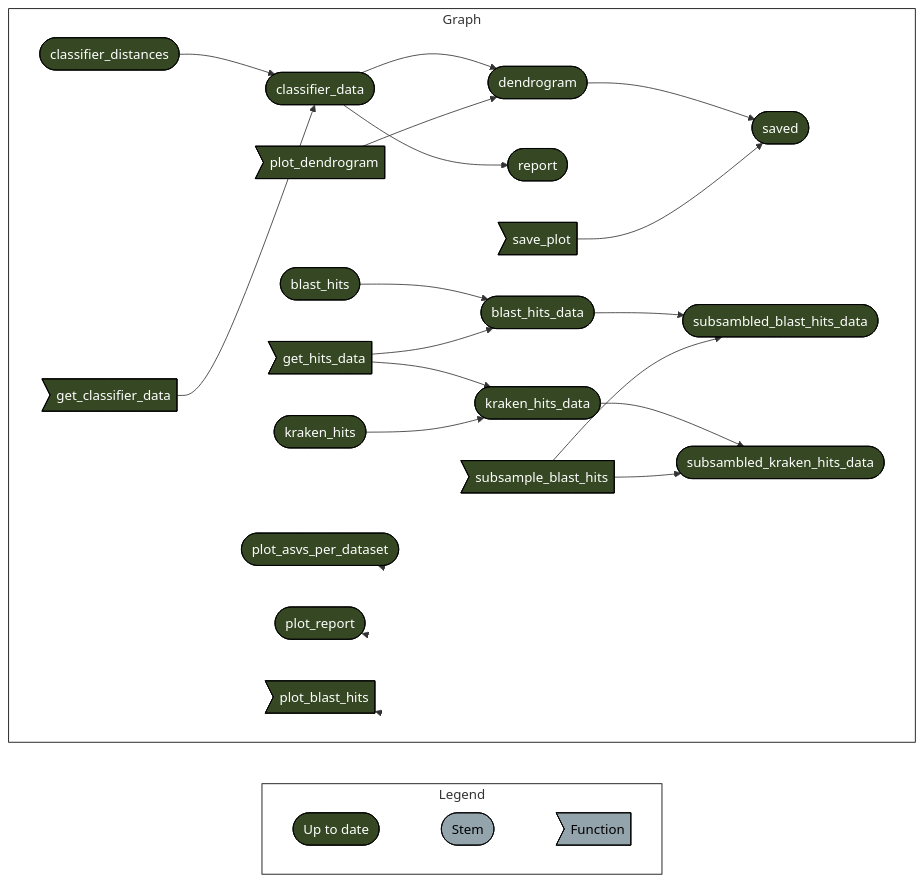
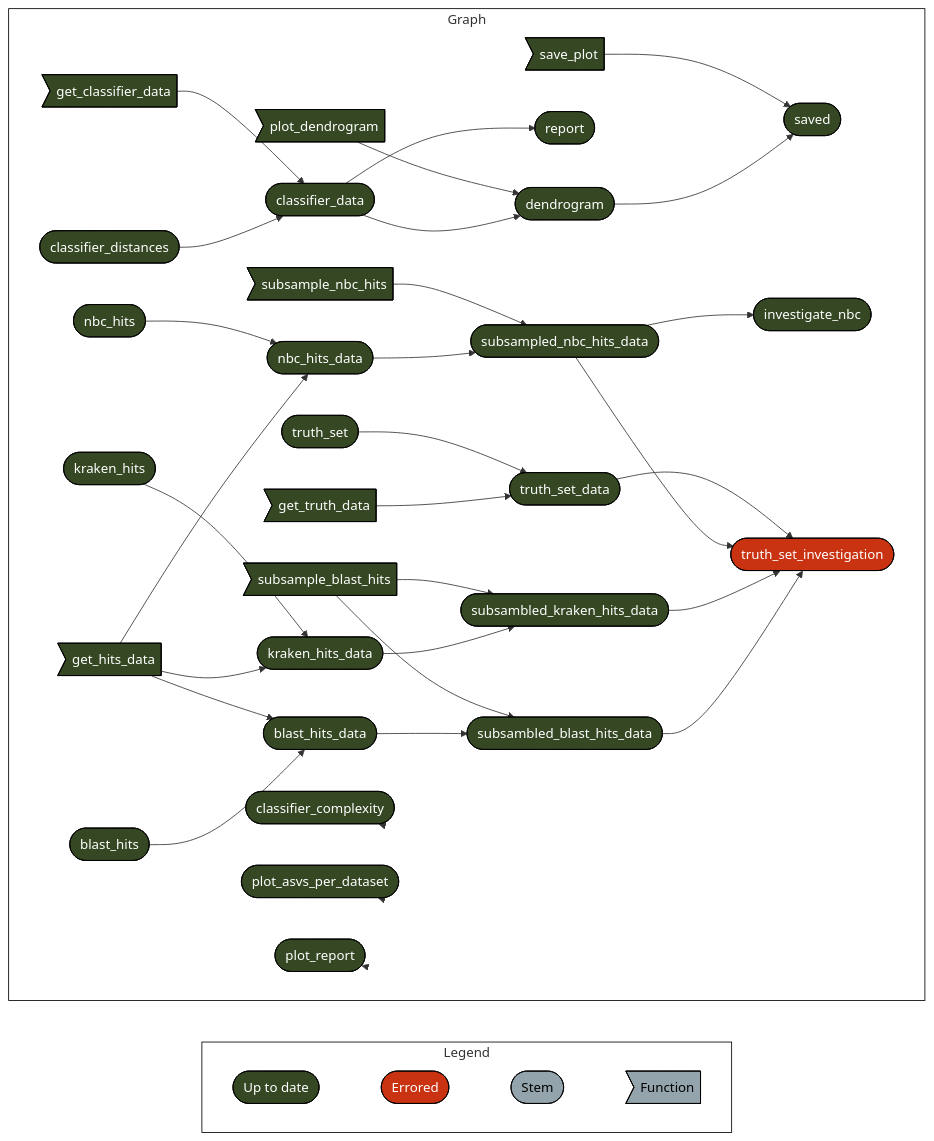
Before and after one commit to Computational-Biology-OceanOmics/OceanOmics-classifier-comparison: the diagram in README.md, drawn with Mermaid. The commit also changed 11 other files, not shown here.

````diff
--- a/README.md
+++ b/README.md
@@ -29,38 +29,52 @@
 ```mermaid
 graph LR
   style Legend fill:#FFFFFF00,stroke:#000000;
   style Graph fill:#FFFFFF00,stroke:#000000;
   subgraph Legend
     direction LR
-    x7420bd9270f8d27d([""Up to date""]):::uptodate --- xbf4603d6c2c2ad6b([""Stem""]):::none
+    x7420bd9270f8d27d([""Up to date""]):::uptodate --- x4b0c520b8bc07c5b([""Errored""]):::errored
+    x4b0c520b8bc07c5b([""Errored""]):::errored --- xbf4603d6c2c2ad6b([""Stem""]):::none
     xbf4603d6c2c2ad6b([""Stem""]):::none --- xf0bce276fe2b9d3e>""Function""]:::none
   end
   subgraph Graph
     direction LR
+    x544a22aeaed1b2e4>"get_truth_data"]:::uptodate --> xbdd42ceae2a54d2c(["truth_set_data"]):::uptodate
+    x70199d3b1152e374(["truth_set"]):::uptodate --> xbdd42ceae2a54d2c(["truth_set_data"]):::uptodate
     xc65a25d9d96e8f7c(["blast_hits"]):::uptodate --> xe9d8f2de59f79fa1(["blast_hits_data"]):::uptodate
     x837f996ab35491da>"get_hits_data"]:::uptodate --> xe9d8f2de59f79fa1(["blast_hits_data"]):::uptodate
+    x837f996ab35491da>"get_hits_data"]:::uptodate --> x42612793169637e0(["nbc_hits_data"]):::uptodate
+    x5117ea88dbd5add2(["nbc_hits"]):::uptodate --> x42612793169637e0(["nbc_hits_data"]):::uptodate
     x4cbe0500373226c1(["classifier_data"]):::uptodate --> xe0fba61fbc506510(["report"]):::uptodate
     x264c7e682ec442b2(["dendrogram"]):::uptodate --> xaf4a1b2829040c15(["saved"]):::uptodate
     x64d5b6c864f8ce9c>"save_plot"]:::uptodate --> xaf4a1b2829040c15(["saved"]):::uptodate
     xf2c68c9c4c5bbbc3(["classifier_distances"]):::uptodate --> x4cbe0500373226c1(["classifier_data"]):::uptodate
     x8279777903f3f13d>"get_classifier_data"]:::uptodate --> x4cbe0500373226c1(["classifier_data"]):::uptodate
     x837f996ab35491da>"get_hits_data"]:::uptodate --> x9024d58abea360f6(["kraken_hits_data"]):::uptodate
     xc4cff7b61e825181(["kraken_hits"]):::uptodate --> x9024d58abea360f6(["kraken_hits_data"]):::uptodate
     xe9d8f2de59f79fa1(["blast_hits_data"]):::uptodate --> x7477a20106b865a4(["subsambled_blast_hits_data"]):::uptodate
     xa731a5475c946be2>"subsample_blast_hits"]:::uptodate --> x7477a20106b865a4(["subsambled_blast_hits_data"]):::uptodate
     x4cbe0500373226c1(["classifier_data"]):::uptodate --> x264c7e682ec442b2(["dendrogram"]):::uptodate
     x994946b41121bfa6>"plot_dendrogram"]:::uptodate --> x264c7e682ec442b2(["dendrogram"]):::uptodate
     x9024d58abea360f6(["kraken_hits_data"]):::uptodate --> xc4269aa5995e6a3f(["subsambled_kraken_hits_data"]):::uptodate
     xa731a5475c946be2>"subsample_blast_hits"]:::uptodate --> xc4269aa5995e6a3f(["subsambled_kraken_hits_data"]):::uptodate
+    xcc0ae95627a4c782(["subsampled_nbc_hits_data"]):::uptodate --> x046634d8ccbfc029(["investigate_nbc"]):::uptodate
+    x42612793169637e0(["nbc_hits_data"]):::uptodate --> xcc0ae95627a4c782(["subsampled_nbc_hits_data"]):::uptodate
+    x7cb45ddc20e499f4>"subsample_nbc_hits"]:::uptodate --> xcc0ae95627a4c782(["subsampled_nbc_hits_data"]):::uptodate
+    x7477a20106b865a4(["subsambled_blast_hits_data"]):::uptodate --> xc7b5a37005176fd4(["truth_set_investigation"]):::errored
+    xc4269aa5995e6a3f(["subsambled_kraken_hits_data"]):::uptodate --> xc7b5a37005176fd4(["truth_set_investigation"]):::errored
+    xcc0ae95627a4c782(["subsampled_nbc_hits_data"]):::uptodate --> xc7b5a37005176fd4(["truth_set_investigation"]):::errored
+    xbdd42ceae2a54d2c(["truth_set_data"]):::uptodate --> xc7b5a37005176fd4(["truth_set_investigation"]):::errored
+    x801b32f234e20cdc(["classifier_complexity"]):::uptodate --> x801b32f234e20cdc(["classifier_complexity"]):::uptodate
     xe40955de534d0cf1(["plot_asvs_per_dataset"]):::uptodate --> xe40955de534d0cf1(["plot_asvs_per_dataset"]):::uptodate
     xbf5ac67708da2696(["plot_report"]):::uptodate --> xbf5ac67708da2696(["plot_report"]):::uptodate
-    x1c9b1c342345ccd1>"plot_blast_hits"]:::uptodate --> x1c9b1c342345ccd1>"plot_blast_hits"]:::uptodate
   end
   classDef uptodate stroke:#000000,color:#ffffff,fill:#354823;
+  classDef errored stroke:#000000,color:#ffffff,fill:#C93312;
   classDef none stroke:#000000,color:#000000,fill:#94a4ac;
   linkStyle 0 stroke-width:0px;
   linkStyle 1 stroke-width:0px;
-  linkStyle 17 stroke-width:0px;
-  linkStyle 18 stroke-width:0px;
-  linkStyle 19 stroke-width:0px;
+  linkStyle 2 stroke-width:0px;
+  linkStyle 29 stroke-width:0px;
+  linkStyle 30 stroke-width:0px;
+  linkStyle 31 stroke-width:0px;
 ```
````
